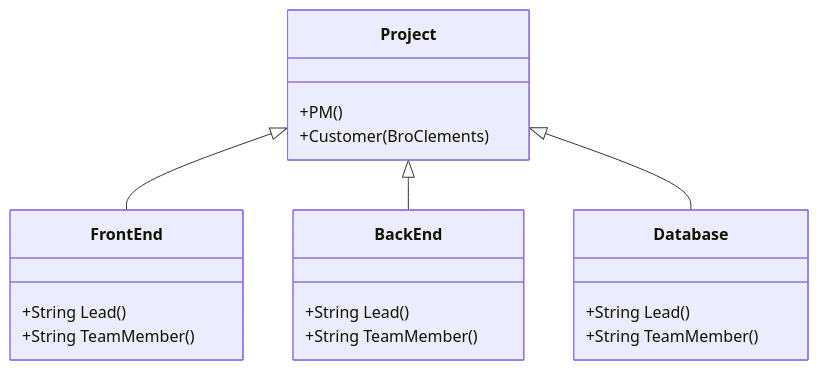
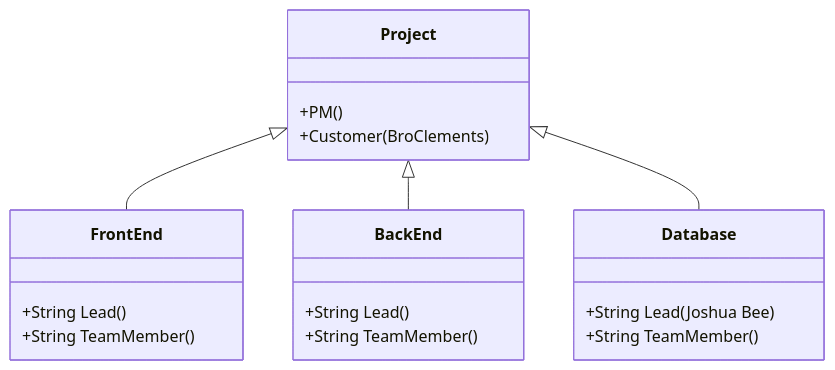
One commit to byui-cse397/2024WinCSE490PCP changed the second of 2 diagrams in ProjectManagement/OrganizationChart/OrganizationChart.md. Above: the diagram before and after it, drawn with Mermaid.

````diff
--- a/ProjectManagement/OrganizationChart/OrganizationChart.md
+++ b/ProjectManagement/OrganizationChart/OrganizationChart.md
@@ -23,20 +23,20 @@
 ```mermaid
 classDiagram
       Project <|-- FrontEnd
       Project <|-- BackEnd
       Project <|-- Database
       Project : +PM()
       Project : +Customer(BroClements)
       class FrontEnd{
           +String Lead()
           +String TeamMember()
       }
       class BackEnd{
           +String Lead()
           +String TeamMember()
       }
       class Database{
-          +String Lead()
+          +String Lead(Joshua Bee)
           +String TeamMember()
       }
 ```
````
